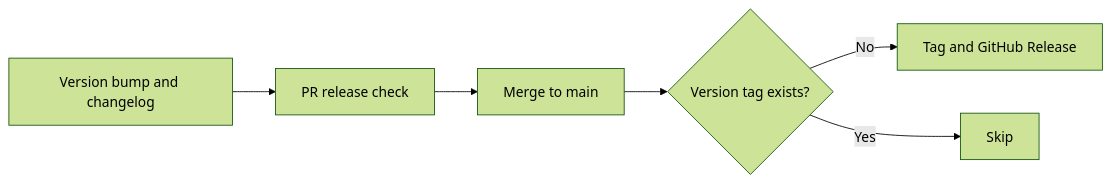
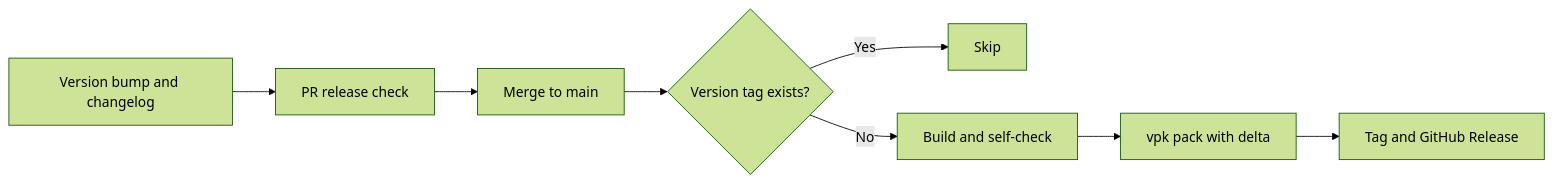
One commit to laceyp99/murmur changed the first of 2 diagrams in docs/getting-started.md. Above: the diagram before and after it, drawn with Mermaid (forest theme). The commit also changed other lines of this file and 18 other files, not shown here.

````diff
--- a/docs/getting-started.md
+++ b/docs/getting-started.md
@@ -119,8 +155,10 @@
 ```mermaid
 flowchart LR
     PR[Version bump and changelog] --> Check[PR release check]
     Check --> Main[Merge to main]
     Main --> Tag{Version tag exists?}
-    Tag -->|No| Release[Tag and GitHub Release]
     Tag -->|Yes| Skip[Skip]
+    Tag -->|No| Build[Build and self-check]
+    Build --> Pack[vpk pack with delta]
+    Pack --> Release[Tag and GitHub Release]
 ```
````
